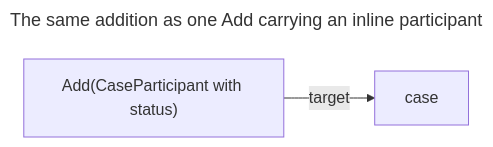
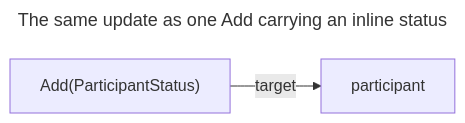
One commit to CERTCC/Vultron changed the fourth of 4 diagrams in docs/topics/activity_vocabulary_design.md. Above: the diagram before and after it, drawn with Mermaid. The commit also changed other lines of this file and 51 other files, not shown here.

````diff
--- a/docs/topics/activity_vocabulary_design.md
+++ b/docs/topics/activity_vocabulary_design.md
@@ -196,7 +194,7 @@
 ```mermaid
 ---
-title: The same addition as one Add carrying an inline participant
+title: The same update as one Add carrying an inline status
 ---
 flowchart LR
-    a["Add(CaseParticipant with status)"] -->|target| b[case]
+    a["Add(ParticipantStatus)"] -->|target| b[participant]
 ```
````
